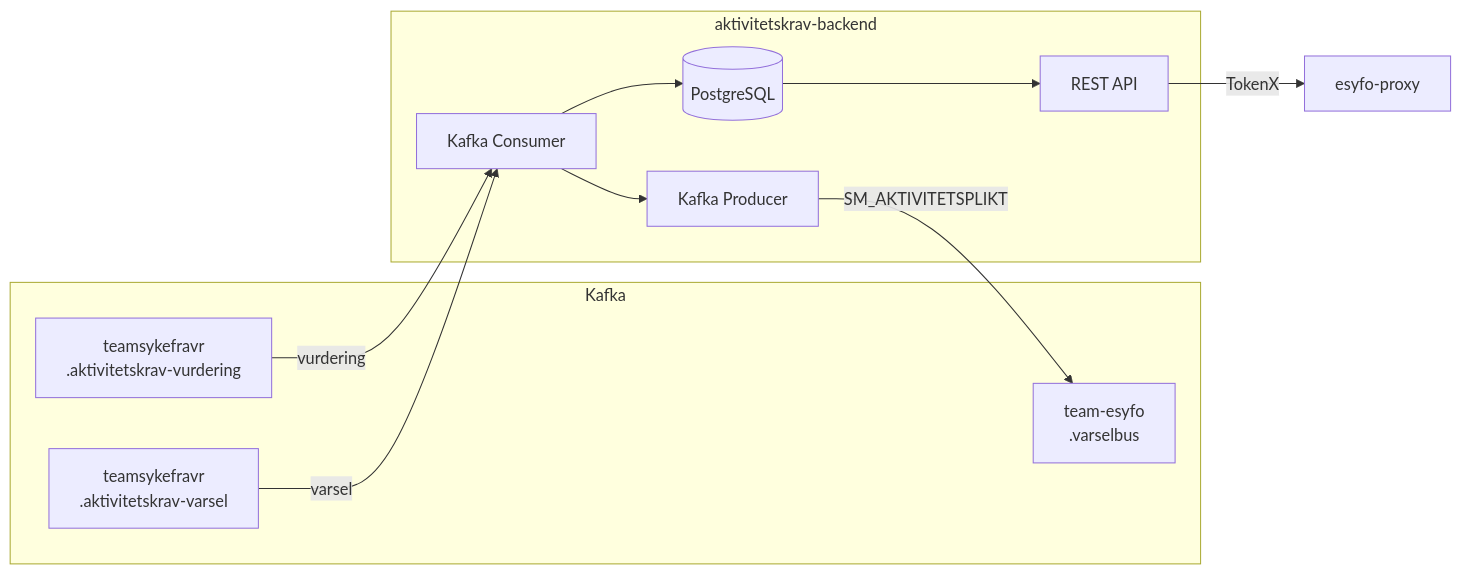
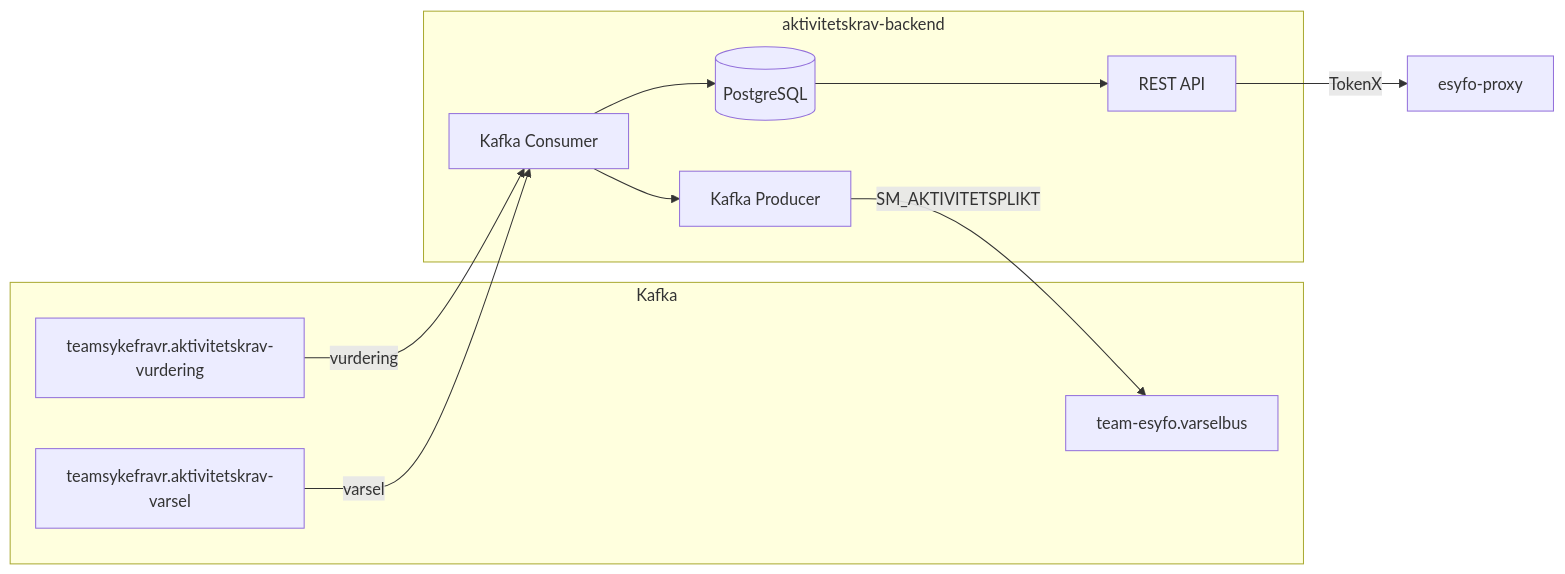
Before and after one commit to navikt/aktivitetskrav-backend: the diagram in README.md, drawn with Mermaid. The commit also changed other lines of this file, not shown here.

Commit message:
docs(readme): add app purpose, architecture diagram and API docs

````diff
--- a/README.md
+++ b/README.md
@@ -22,25 +16,25 @@
 ```mermaid
 flowchart LR
     subgraph Kafka
-        A["teamsykefravr\n.aktivitetskrav-vurdering"]
-        B["teamsykefravr\n.aktivitetskrav-varsel"]
-        C["team-esyfo\n.varselbus"]
+        A["teamsykefravr.aktivitetskrav-vurdering"]
+        B["teamsykefravr.aktivitetskrav-varsel"]
+        C["team-esyfo.varselbus"]
     end
 
     subgraph aktivitetskrav-backend
         D[Kafka Consumer]
         E[(PostgreSQL)]
         F[REST API]
         G[Kafka Producer]
     end
 
     H[esyfo-proxy]
 
     A -->|vurdering| D
     B -->|varsel| D
     D --> E
     E --> F
     F -->|TokenX| H
     D --> G
     G -->|SM_AKTIVITETSPLIKT| C
 ```
````
